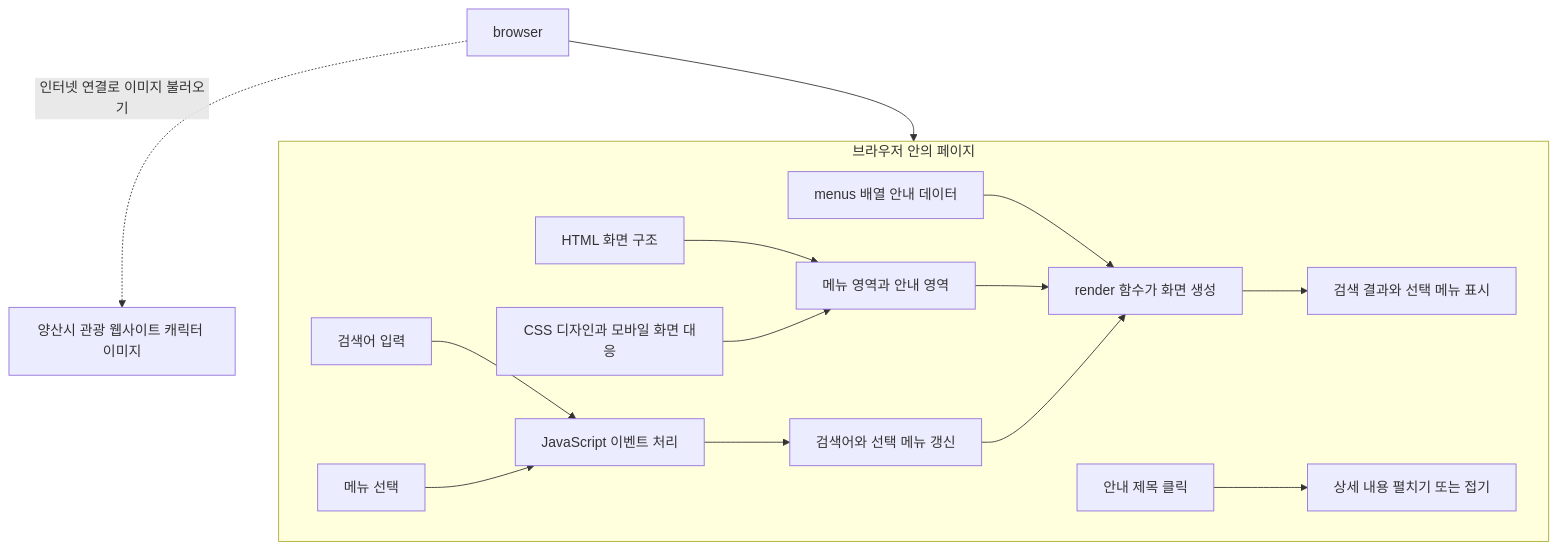
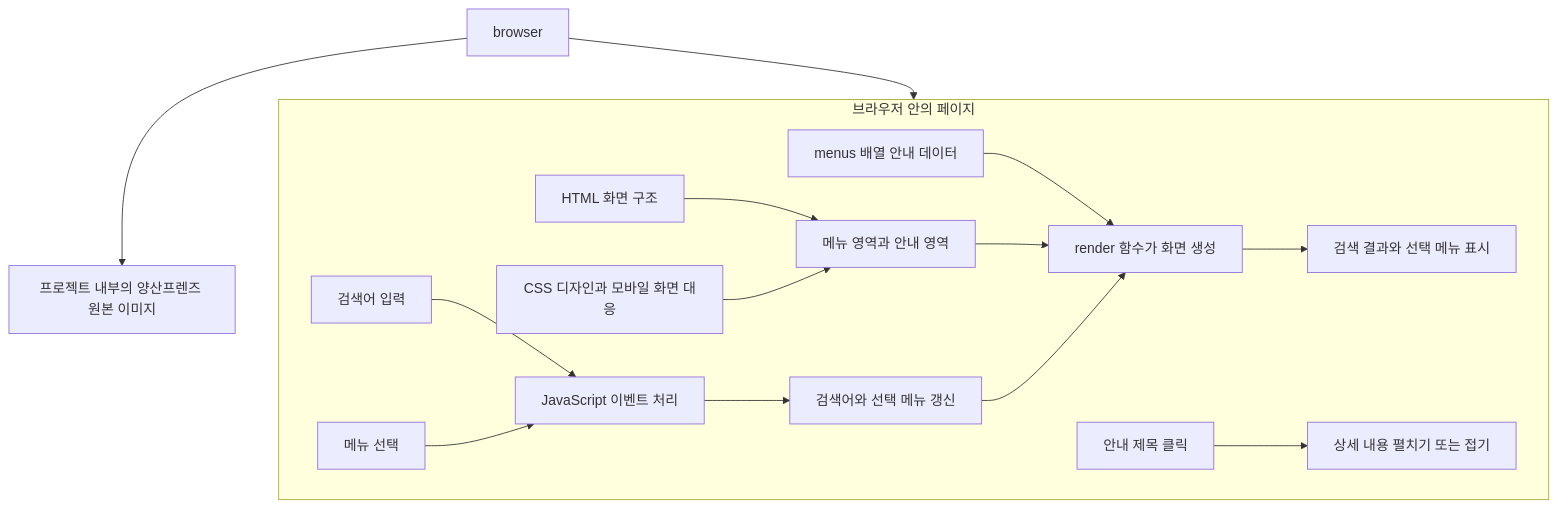
Before and after one commit to ungsang2026/QR_ON: the diagram in README.MD, drawn with Mermaid. The commit also changed other lines of this file and 1 other file, not shown here.

````diff
--- a/README.MD
+++ b/README.MD
@@ -36,19 +36,19 @@
 ```mermaid
 flowchart TD
 
   subgraph page[브라우저 안의 페이지]
     html[HTML 화면 구조] --> slots[메뉴 영역과 안내 영역]
     css[CSS 디자인과 모바일 화면 대응] --> slots
     data[menus 배열 안내 데이터] --> render[render 함수가 화면 생성]
     slots --> render
     search[검색어 입력] --> events[JavaScript 이벤트 처리]
     choose[메뉴 선택] --> events
     events --> state[검색어와 선택 메뉴 갱신]
     state --> render
     render --> display[검색 결과와 선택 메뉴 표시]
     expand[안내 제목 클릭] --> detail[상세 내용 펼치기 또는 접기]
   end
 
   browser --> page
-  browser -. 인터넷 연결로 이미지 불러오기 .-> images[양산시 관광 웹사이트 캐릭터 이미지]
+  browser --> images[프로젝트 내부의 양산프렌즈 원본 이미지]
 ```
````
